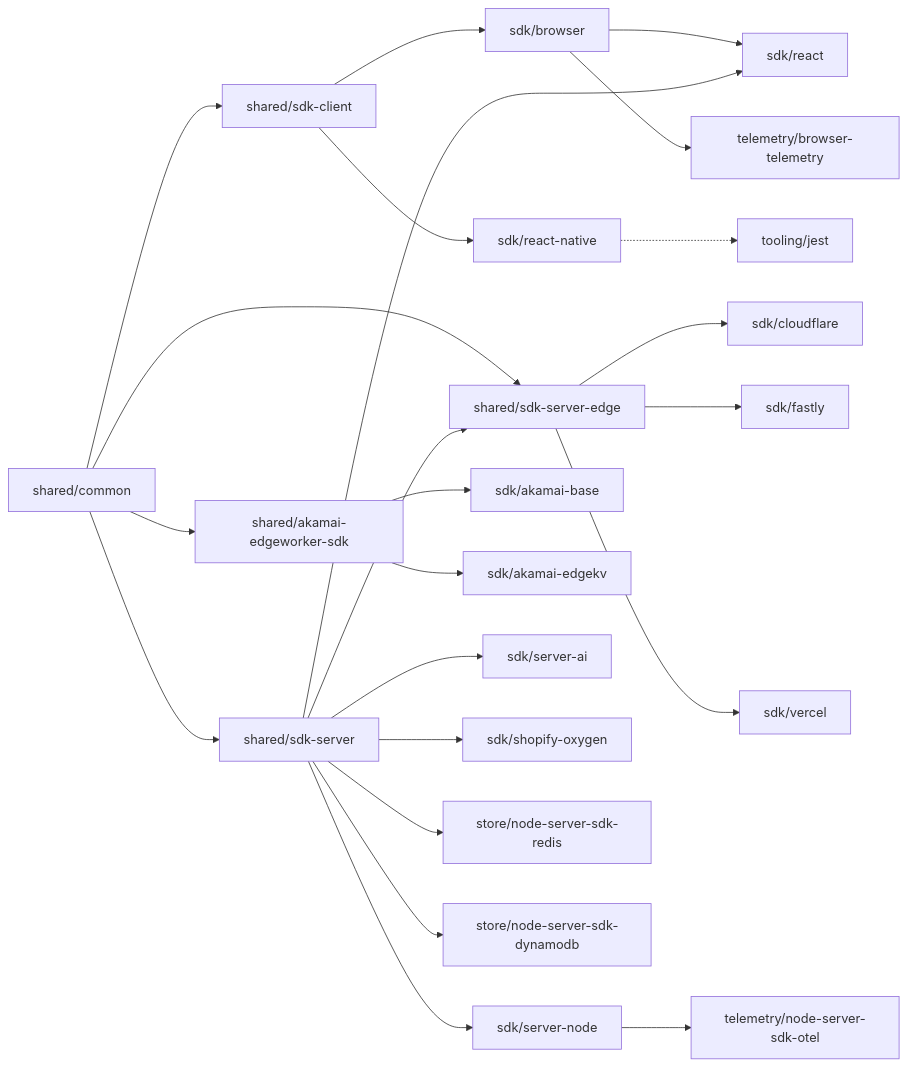
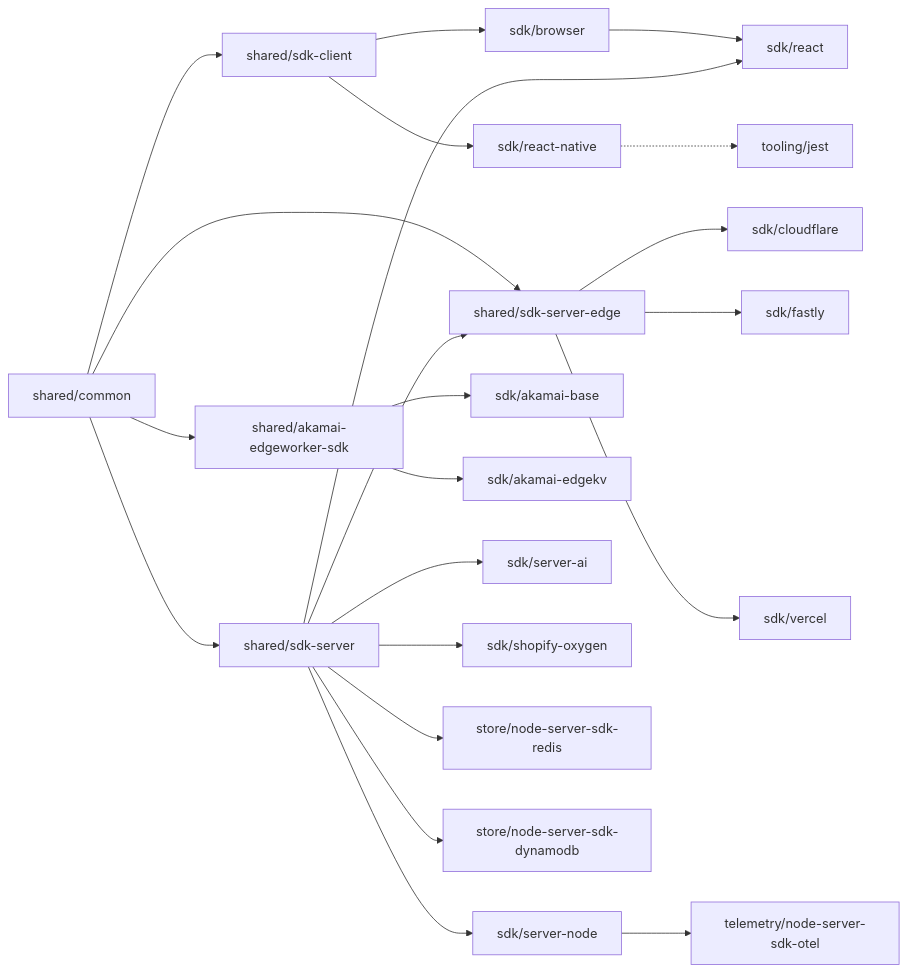
Before and after one commit to launchdarkly/js-core: the diagram in CONTRIBUTING.md, drawn with Mermaid. The commit also changed 81 other files, not shown here.

First line of the commit message:
chore: removing browser-telemetry package (#1314)

````diff
--- a/CONTRIBUTING.md
+++ b/CONTRIBUTING.md
@@ -149,74 +149,72 @@
 ```mermaid
 flowchart LR
     %% Shared packages
     common[shared/common]
     sdk-client[shared/sdk-client]
     sdk-server[shared/sdk-server]
     sdk-server-edge[shared/sdk-server-edge]
     akamai-edgeworker[shared/akamai-edgeworker-sdk]
 
     %% SDK packages
     server-node[sdk/server-node]
     cloudflare[sdk/cloudflare]
     fastly[sdk/fastly]
     react-native[sdk/react-native]
     browser[sdk/browser]
     vercel[sdk/vercel]
     akamai-base[sdk/akamai-base]
     akamai-edgekv[sdk/akamai-edgekv]
     server-ai[sdk/server-ai]
     react[sdk/react]
     shopify-oxygen[sdk/shopify-oxygen]
 
     %% Store packages
     redis[store/node-server-sdk-redis]
     dynamodb[store/node-server-sdk-dynamodb]
 
     %% Telemetry packages
     node-otel[telemetry/node-server-sdk-otel]
-    browser-telemetry[telemetry/browser-telemetry]
 
     %% Tooling packages
     jest[tooling/jest]
 
     %% Dependencies between shared packages
     common --> sdk-client
     common --> sdk-server
     common --> sdk-server-edge
     common --> akamai-edgeworker
     sdk-server --> sdk-server-edge
     
     %% Dependencies for SDK packages
     sdk-client --> browser
     sdk-client --> react-native
     browser --> react
     sdk-server --> react
     
     sdk-server --> server-node
     sdk-server --> server-ai
     sdk-server --> shopify-oxygen
     
     sdk-server-edge --> cloudflare
     sdk-server-edge --> fastly
     sdk-server-edge --> vercel
     
     akamai-edgeworker --> akamai-base
     akamai-edgeworker --> akamai-edgekv
     
     %% Dependencies for store packages
     sdk-server --> redis
     sdk-server --> dynamodb
     
     %% Dependencies for telemetry packages
     server-node --> node-otel
-    browser --> browser-telemetry
     
     %% Dependencies for tooling packages
     react-native -.-> jest
     
     class common,sdk-client,sdk-server,sdk-server-edge,akamai-edgeworker shared
     class server-node,cloudflare,fastly,react-native,browser,vercel,akamai-base,akamai-edgekv,server-ai,react,shopify-oxygen sdk
     class redis,dynamodb store
-    class node-otel,browser-telemetry telemetry
+    class node-otel telemetry
     class jest tooling
 ```
````
